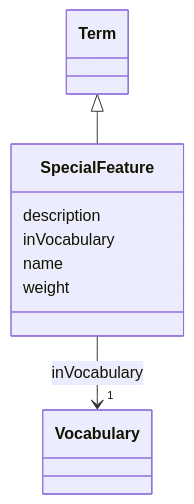
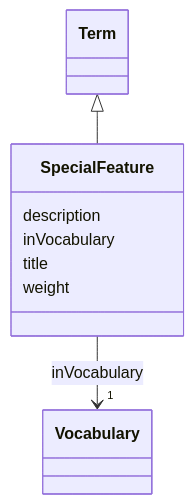
The diagram in models/docs/SpecialFeature.md (EVORA-project/evora-ontology), drawn with Mermaid before and after one commit. The commit also changed other lines of this file and 435 other files, not shown here.

````diff
--- a/models/docs/SpecialFeature.md
+++ b/models/docs/SpecialFeature.md
@@ -19,24 +19,24 @@
 ```mermaid
  classDiagram
     class SpecialFeature
     click SpecialFeature href "../SpecialFeature"
       Term <|-- SpecialFeature
         click Term href "../Term"
       
       SpecialFeature : description
         
       SpecialFeature : inVocabulary
         
           
     
     
     SpecialFeature --> "1" Vocabulary : inVocabulary
     click Vocabulary href "../Vocabulary"
 
         
-      SpecialFeature : name
+      SpecialFeature : title
         
       SpecialFeature : weight
         
       
 ```
````
